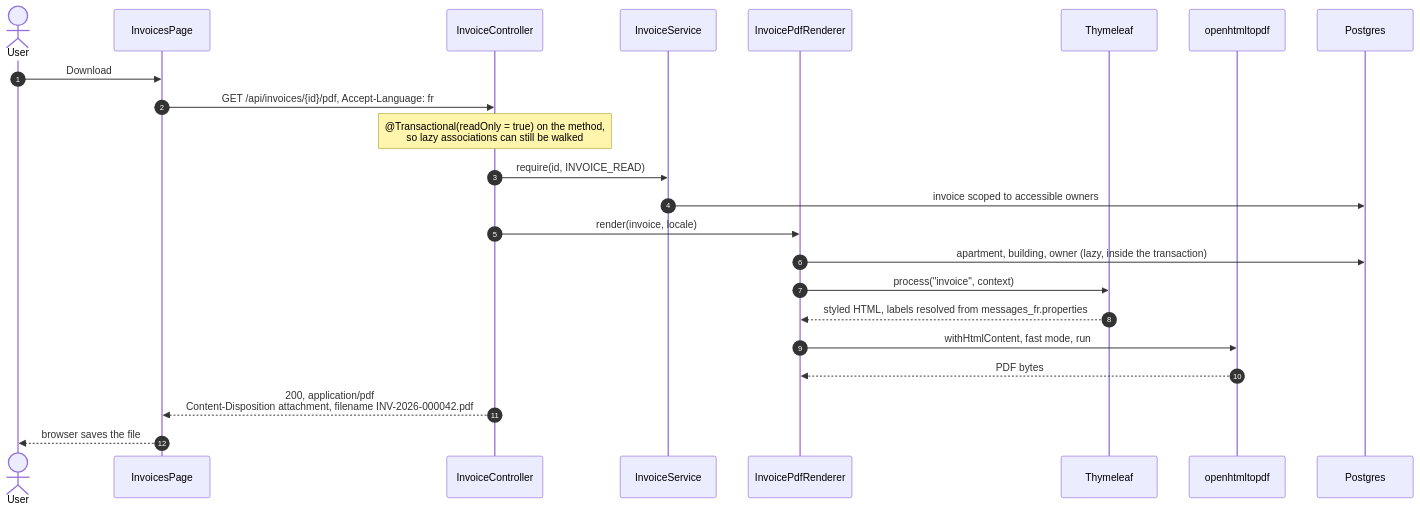
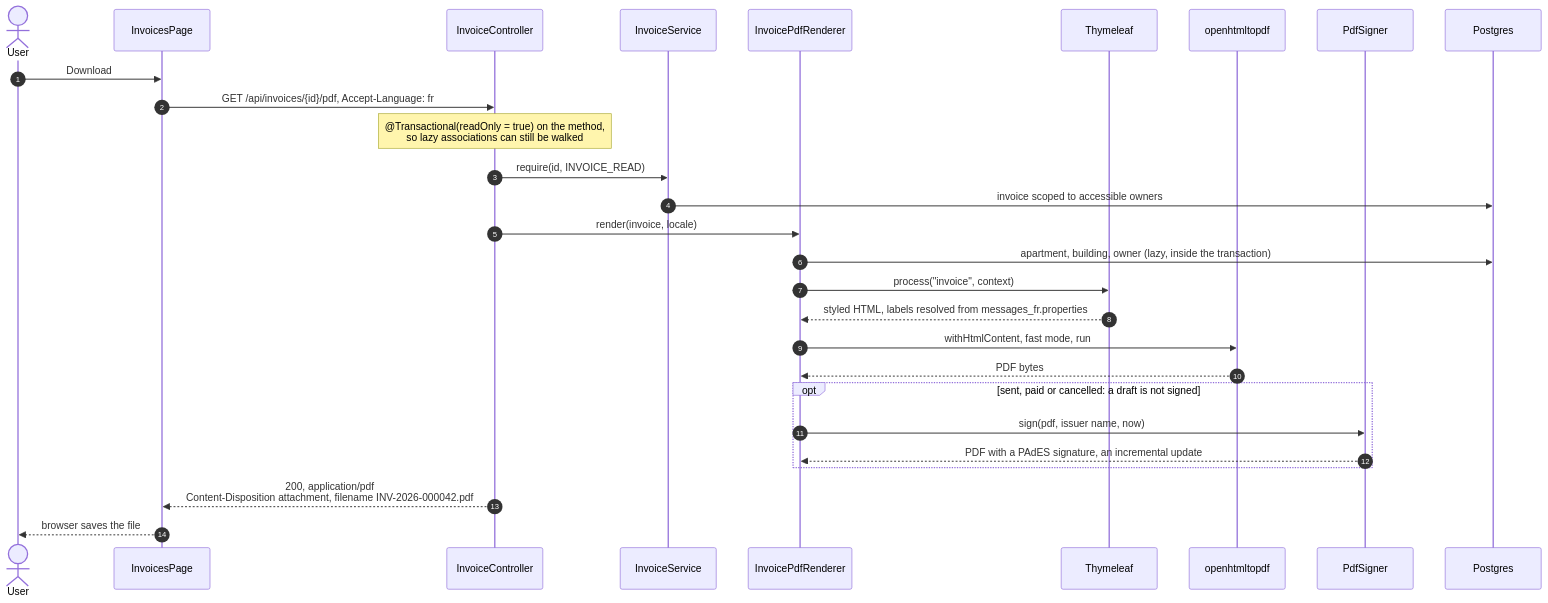
One commit to stephane-nganou/building-management-systems changed diagram 15 of 20 in docs/ARCHITECTURE_DIAGRAMS.md. Above: the diagram before and after it, drawn with Mermaid. The commit also changed other lines of this file and 29 other files, not shown here.

````diff
--- a/docs/ARCHITECTURE_DIAGRAMS.md
+++ b/docs/ARCHITECTURE_DIAGRAMS.md
@@ -1101,26 +1114,31 @@
 ```mermaid
 sequenceDiagram
     autonumber
     actor U as User
     participant B as InvoicesPage
     participant C as InvoiceController
     participant S as InvoiceService
     participant P as InvoicePdfRenderer
     participant T as Thymeleaf
     participant O as openhtmltopdf
+    participant G as PdfSigner
     participant DB as Postgres
 
     U->>B: Download
     B->>C: GET /api/invoices/{id}/pdf, Accept-Language: fr
     Note over C: @Transactional(readOnly = true) on the method,<br/>so lazy associations can still be walked
     C->>S: require(id, INVOICE_READ)
     S->>DB: invoice scoped to accessible owners
     C->>P: render(invoice, locale)
     P->>DB: apartment, building, owner (lazy, inside the transaction)
     P->>T: process("invoice", context)
     T-->>P: styled HTML, labels resolved from messages_fr.properties
     P->>O: withHtmlContent, fast mode, run
     O-->>P: PDF bytes
+    opt sent, paid or cancelled: a draft is not signed
+        P->>G: sign(pdf, issuer name, now)
+        G-->>P: PDF with a PAdES signature, an incremental update
+    end
     C-->>B: 200, application/pdf<br/>Content-Disposition attachment, filename INV-2026-000042.pdf
     B-->>U: browser saves the file
 ```
````
